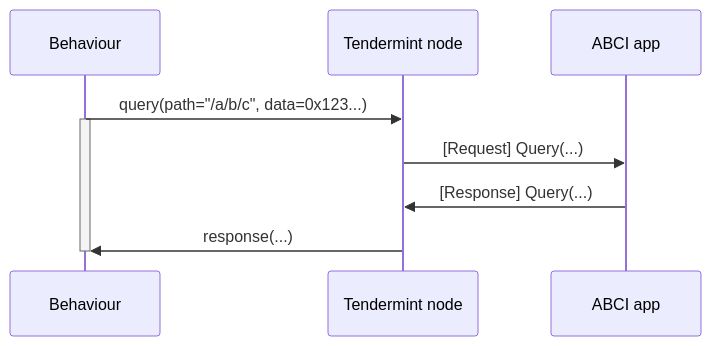
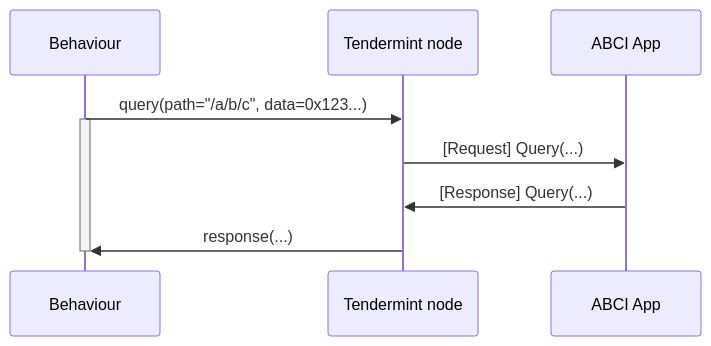
One commit to valory-xyz/open-autonomy changed the fourth of 4 diagrams in docs/abci.md. Above: the diagram before and after it, drawn with Mermaid. The commit also changed other lines of this file and 10 other files, not shown here.

```diff
--- a/docs/abci.md
+++ b/docs/abci.md
@@ -233,14 +231,14 @@
 <div class="mermaid">
     sequenceDiagram
 
         participant Behaviour
         participant Tendermint node
-        participant ABCI app
+        participant ABCI App
 
         Behaviour->>Tendermint node: query(path="/a/b/c", data=0x123...)
         activate Behaviour
-        Tendermint node->>ABCI app: [Request] Query(...)
-        ABCI app->>Tendermint node: [Response] Query(...)
+        Tendermint node->>ABCI App: [Request] Query(...)
+        ABCI App->>Tendermint node: [Response] Query(...)
         Tendermint node->>Behaviour: response(...)
         deactivate Behaviour
 </div>
```
